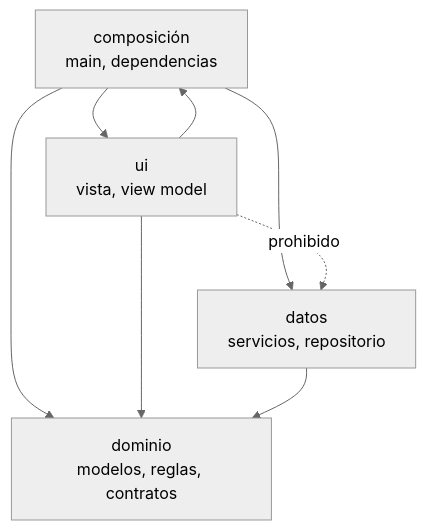
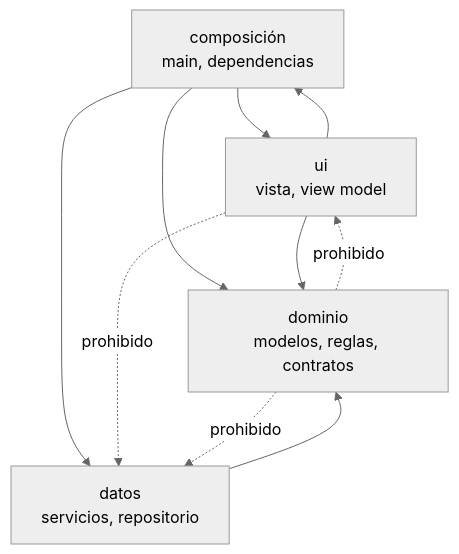
The first of 4 diagrams in web/public/content/flutter/modulo-12.md (NICORUIZ93/The_Imperial_Book), drawn with Mermaid (neutral theme) before and after one commit. The commit also changed other lines of this file and 65 other files, not shown here.

````diff
--- a/web/public/content/flutter/modulo-12.md
+++ b/web/public/content/flutter/modulo-12.md
@@ -137,10 +210,12 @@
 ```mermaid
 flowchart TB
     C["composición<br/>main, dependencias"] --> UI["ui<br/>vista, view model"]
     C --> DA["datos<br/>servicios, repositorio"]
     C --> DO["dominio<br/>modelos, reglas, contratos"]
     UI --> C
     UI --> DO
     DA --> DO
     UI -. "prohibido" .-> DA
+    DO -. "prohibido" .-> UI
+    DO -. "prohibido" .-> DA
 ```
````
